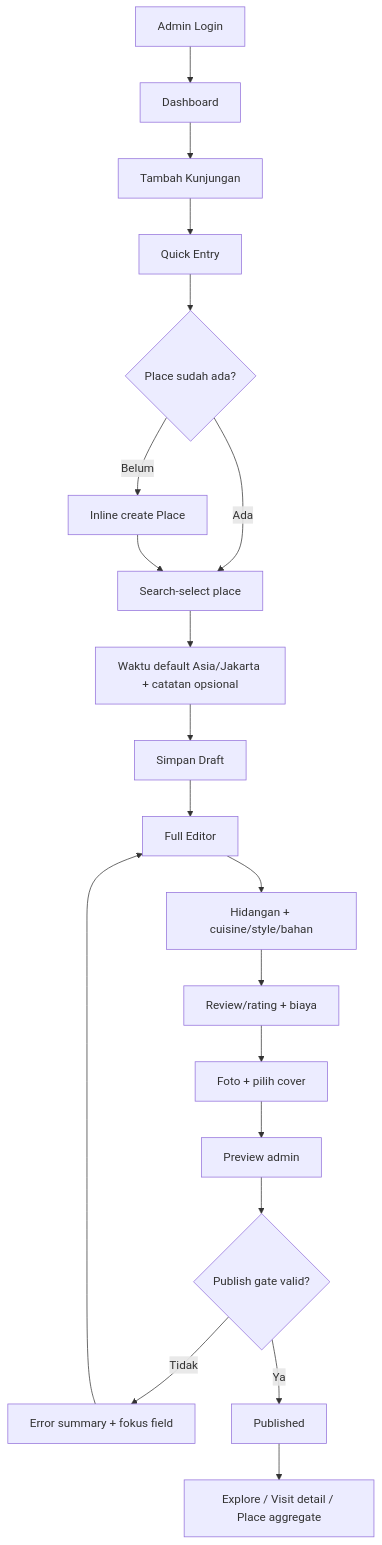
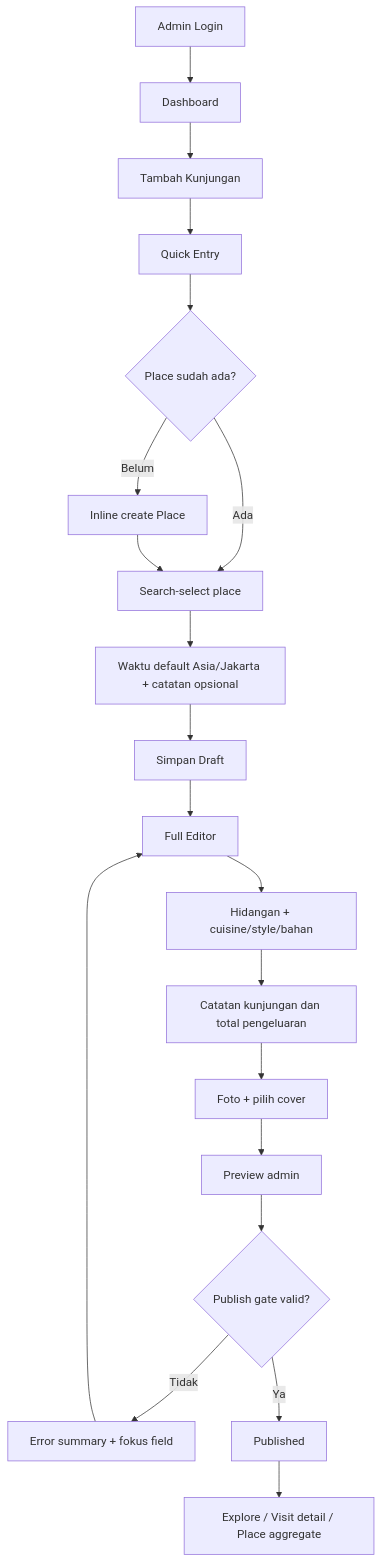
Before and after one commit to ZetsubouCode/FoodieJournal: the second of 3 diagrams in user-flow-wireframe.md, drawn with Mermaid. The commit also changed other lines of this file and 62 other files, not shown here.

````diff
--- a/user-flow-wireframe.md
+++ b/user-flow-wireframe.md
@@ -41,22 +41,22 @@
 ```mermaid
 flowchart TD
     L[Admin Login] --> A[Dashboard]
     A --> B[Tambah Kunjungan]
     B --> C[Quick Entry]
     C --> D{Place sudah ada?}
     D -->|Ada| E[Search-select place]
     D -->|Belum| F[Inline create Place]
     F --> E
     E --> G[Waktu default Asia/Jakarta + catatan opsional]
     G --> H[Simpan Draft]
     H --> I[Full Editor]
     I --> J[Hidangan + cuisine/style/bahan]
-    J --> K[Review/rating + biaya]
+    J --> K[Catatan kunjungan dan total pengeluaran]
     K --> M[Foto + pilih cover]
     M --> N[Preview admin]
     N --> O{Publish gate valid?}
     O -->|Tidak| P[Error summary + fokus field]
     P --> I
     O -->|Ya| Q[Published]
     Q --> R[Explore / Visit detail / Place aggregate]
 ```
````
